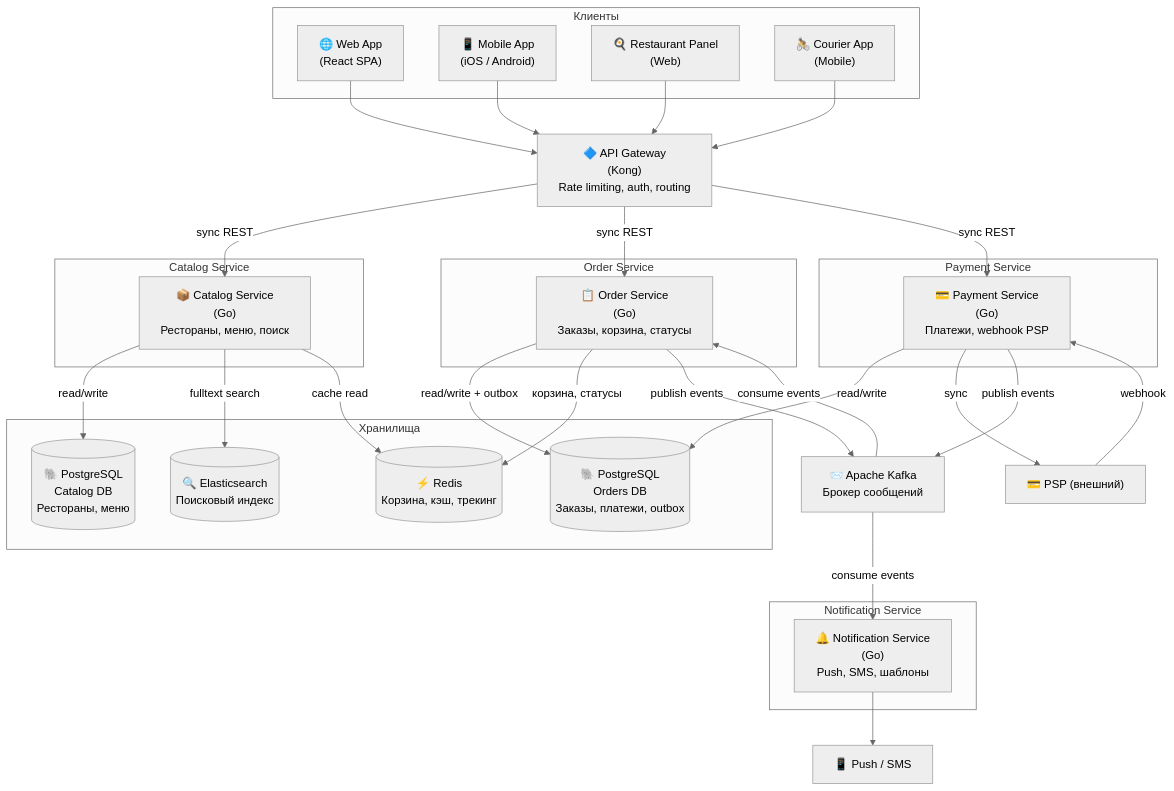
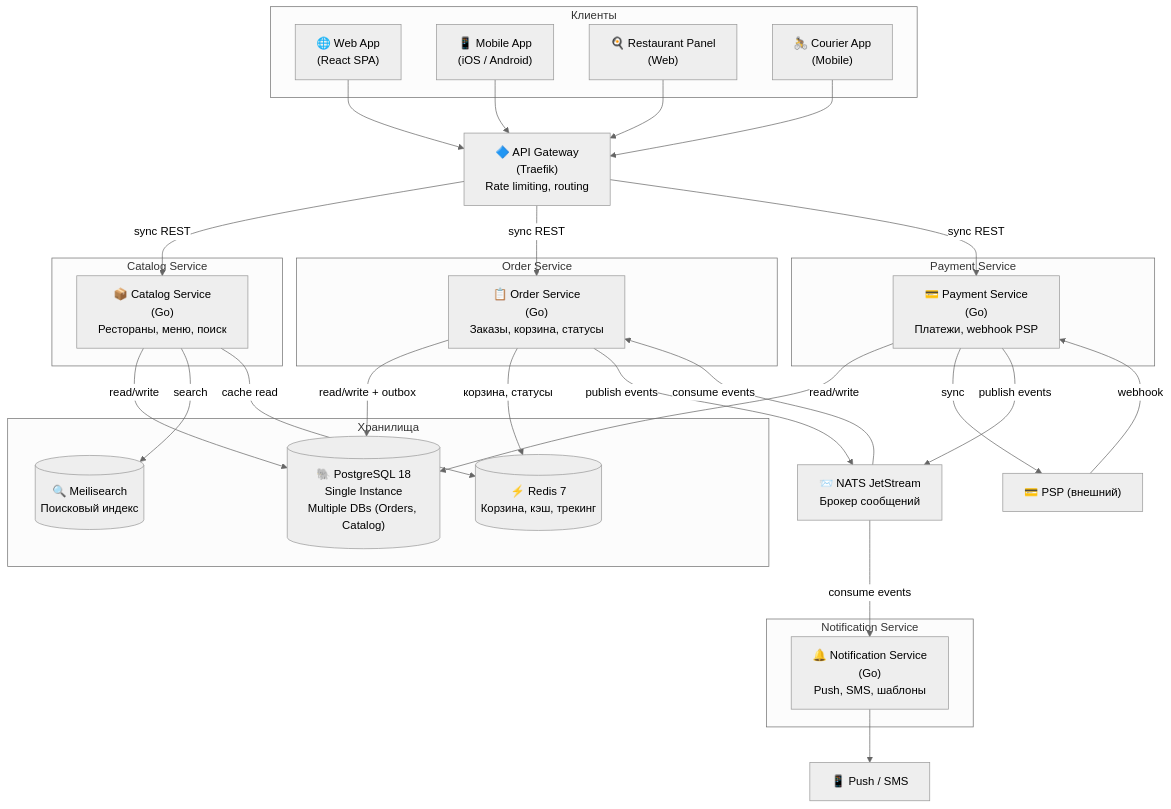
One commit to ichinosekei/highload changed the second of 5 diagrams in docs/architecture.md. Above: the diagram before and after it, drawn with Mermaid (neutral theme). The commit also changed other lines of this file and 2 other files, not shown here.

````diff
--- a/docs/architecture.md
+++ b/docs/architecture.md
@@ -59,64 +59,63 @@
 ```mermaid
 graph TB
     subgraph "Клиенты"
         WebApp["🌐 Web App<br/>(React SPA)"]
         MobileApp["📱 Mobile App<br/>(iOS / Android)"]
         RestPanel["🍳 Restaurant Panel<br/>(Web)"]
         CourierApp["🚴 Courier App<br/>(Mobile)"]
     end
 
-    APIGw["🔷 API Gateway<br/>(Kong)<br/>Rate limiting, auth, routing"]
+    APIGw["🔷 API Gateway<br/>(Traefik)<br/>Rate limiting, routing"]
 
     subgraph "Catalog Service"
         CatalogAPI["📦 Catalog Service<br/>(Go)<br/>Рестораны, меню, поиск"]
     end
 
     subgraph "Order Service"
         OrderAPI["📋 Order Service<br/>(Go)<br/>Заказы, корзина, статусы"]
     end
 
     subgraph "Payment Service"
         PaymentAPI["💳 Payment Service<br/>(Go)<br/>Платежи, webhook PSP"]
     end
 
     subgraph "Notification Service"
         NotifAPI["🔔 Notification Service<br/>(Go)<br/>Push, SMS, шаблоны"]
     end
 
     subgraph "Хранилища"
-        PG_Orders[("🐘 PostgreSQL<br/>Orders DB<br/>Заказы, платежи, outbox")]
-        PG_Catalog[("🐘 PostgreSQL<br/>Catalog DB<br/>Рестораны, меню")]
-        ES[("🔍 Elasticsearch<br/>Поисковый индекс")]
-        Redis[("⚡ Redis<br/>Корзина, кэш, трекинг")]
+        PG[("🐘 PostgreSQL 18<br/>Single Instance<br/>Multiple DBs (Orders, Catalog)")]
+        MS[("🔍 Meilisearch<br/>Поисковый индекс")]
+        Redis[("⚡ Redis 7<br/>Корзина, кэш, трекинг")]
     end
 
-    Kafka["📨 Apache Kafka<br/>Брокер сообщений"]
+    NATS["📨 NATS JetStream<br/>Брокер сообщений"]
 
     PSP["💳 PSP (внешний)"]
     PushSMS["📱 Push / SMS"]
 
     WebApp & MobileApp & RestPanel & CourierApp --> APIGw
 
     APIGw -->|"sync REST"| CatalogAPI
     APIGw -->|"sync REST"| OrderAPI
     APIGw -->|"sync REST"| PaymentAPI
 
-    CatalogAPI -->|"read/write"| PG_Catalog
-    CatalogAPI -->|"fulltext search"| ES
+    CatalogAPI -->|"read/write"| PG
+    CatalogAPI -->|"search"| MS
     CatalogAPI -->|"cache read"| Redis
 
-    OrderAPI -->|"read/write + outbox"| PG_Orders
+    OrderAPI -->|"read/write + outbox"| PG
     OrderAPI -->|"корзина, статусы"| Redis
-    OrderAPI -->|"publish events"| Kafka
+    OrderAPI -->|"publish events"| NATS
 
-    PaymentAPI -->|"read/write"| PG_Orders
+    PaymentAPI -->|"read/write"| PG
     PaymentAPI -->|"sync"| PSP
-    PaymentAPI -->|"publish events"| Kafka
+    PaymentAPI -->|"publish events"| NATS
 
-    Kafka -->|"consume events"| NotifAPI
-    Kafka -->|"consume events"| OrderAPI
+    NATS -->|"consume events"| NotifAPI
+    NATS -->|"consume events"| OrderAPI
 
     NotifAPI --> PushSMS
 
     PSP -->|"webhook"| PaymentAPI
 ```
````
